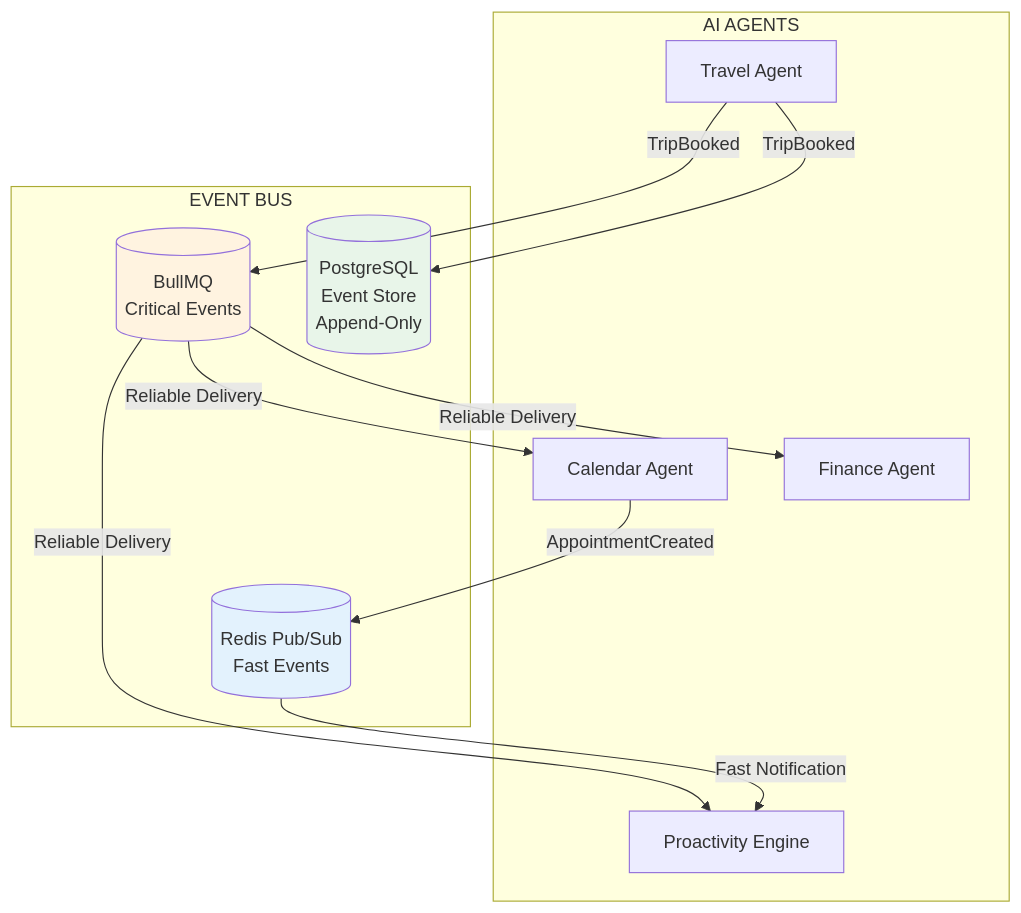
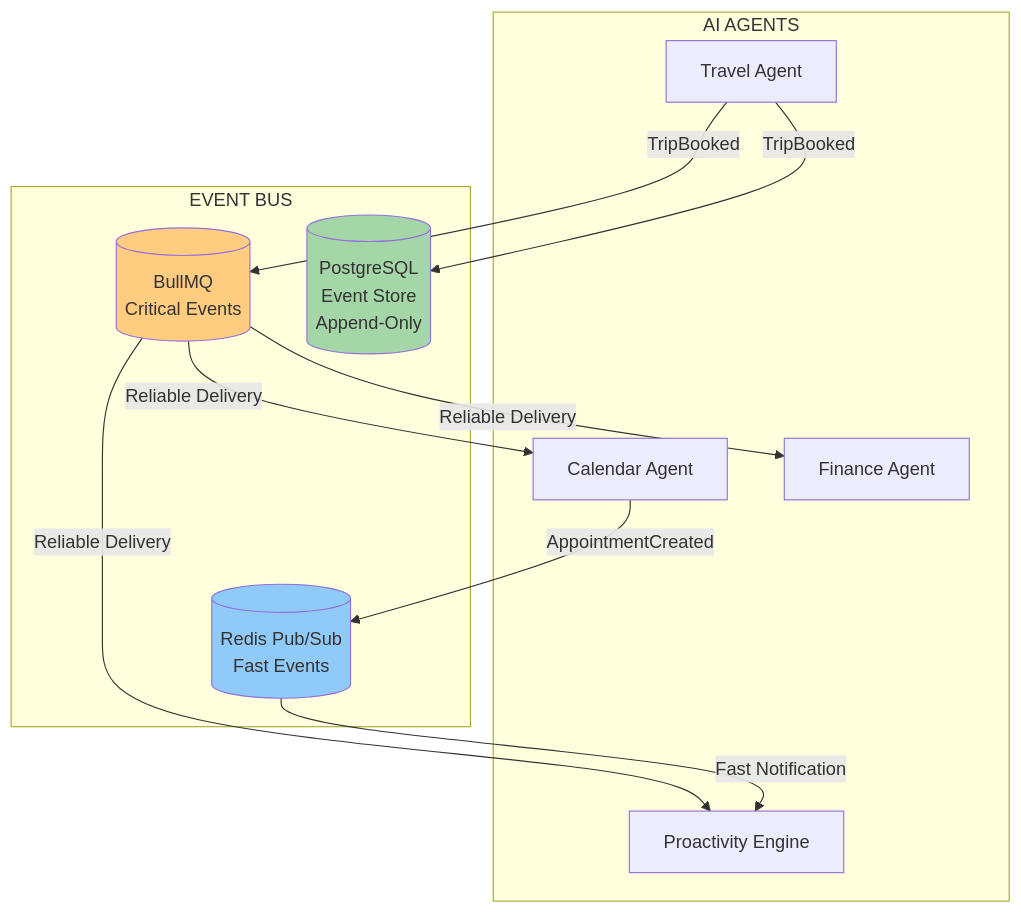
One commit to y-core-engineering/fidus changed the fifth of 7 diagrams in docs/solution-architecture/04-integration-architecture.md. Above: the diagram before and after it, drawn with Mermaid. The commit also changed other lines of this file and 26 other files, not shown here.

First line of the commit message:
feat: add comprehensive UX/UI design docs and Mermaid validation (#6)

````diff
--- a/docs/solution-architecture/04-integration-architecture.md
+++ b/docs/solution-architecture/04-integration-architecture.md
@@ -664,29 +664,29 @@
 ```mermaid
 graph TB
     subgraph Agents["AI AGENTS"]
         Cal[Calendar Agent]
         Fin[Finance Agent]
         Travel[Travel Agent]
         Proact[Proactivity Engine]
     end
 
     subgraph EventBus["EVENT BUS"]
         BullMQ[(BullMQ<br/>Critical Events)]
         RedisPubSub[(Redis Pub/Sub<br/>Fast Events)]
         EventStore[(PostgreSQL<br/>Event Store<br/>Append-Only)]
     end
 
     Travel -->|TripBooked| BullMQ
     Travel -->|TripBooked| EventStore
 
     BullMQ -->|Reliable Delivery| Cal
     BullMQ -->|Reliable Delivery| Fin
     BullMQ -->|Reliable Delivery| Proact
 
     Cal -->|AppointmentCreated| RedisPubSub
     RedisPubSub -->|Fast Notification| Proact
 
-    style BullMQ fill:#fff3e0
-    style RedisPubSub fill:#e3f2fd
-    style EventStore fill:#e8f5e9
+    style BullMQ fill:#ffcc80
+    style RedisPubSub fill:#90caf9
+    style EventStore fill:#a5d6a7
 ```
````
